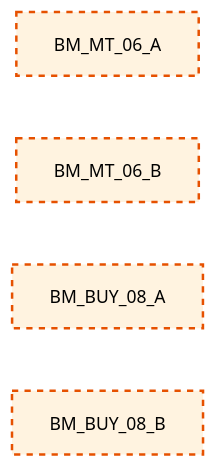
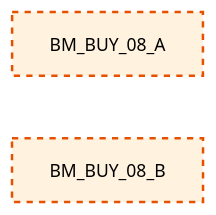
One commit to xuanFelixVan/ZephyrAlpha changed diagram 12 of 12 in docs/02_enterprise_architecture/07_trading_decision_architecture/battle_map/battle_map_panorama.md. Above: the diagram before and after it, drawn with Mermaid. The commit also changed other lines of this file and 10 other files, not shown here.

````diff
--- a/docs/02_enterprise_architecture/07_trading_decision_architecture/battle_map/battle_map_panorama.md
+++ b/docs/02_enterprise_architecture/07_trading_decision_architecture/battle_map/battle_map_panorama.md
@@ -1376,12 +1394,12 @@
 ```mermaid
 %%{init: {'theme': 'base', 'themeVariables': {'primaryColor': '#eaeaea', 'primaryTextColor': '#333333', 'primaryBorderColor': '#666666', 'lineColor': '#666666', 'secondaryColor': '#eaeaea', 'tertiaryColor': '#eaeaea', 'clusterBkg': 'transparent', 'clusterBorder': 'transparent', 'fontSize': '14px'}}}%%
 %% 作战地图·设计态（第 2/2 页）
 flowchart TD
-    BM_MT_06_A ~~~ BM_MT_06_B ~~~ BM_BUY_08_A ~~~ BM_BUY_08_B
+    BM_BUY_08_A ~~~ BM_BUY_08_B
 classDef production fill:#e1f5fe,stroke:#01579b,stroke-width:2px,color:#000
 classDef design fill:#fff3e0,stroke:#e65100,stroke-width:2px,color:#000,stroke-dasharray: 5 5
 classDef deprecated fill:#ffebee,stroke:#c62828,stroke-width:2px,color:#000
 classDef missing fill:#eeeeee,stroke:#9e9e9e,stroke-width:2px,color:#000
 classDef candidate fill:#fffde7,stroke:#f9a825,stroke-width:2px,color:#000,stroke-dasharray: 5 5
-    class BM_MT_06_A,BM_MT_06_B,BM_BUY_08_A,BM_BUY_08_B design
+    class BM_BUY_08_A,BM_BUY_08_B design
 ```
````
